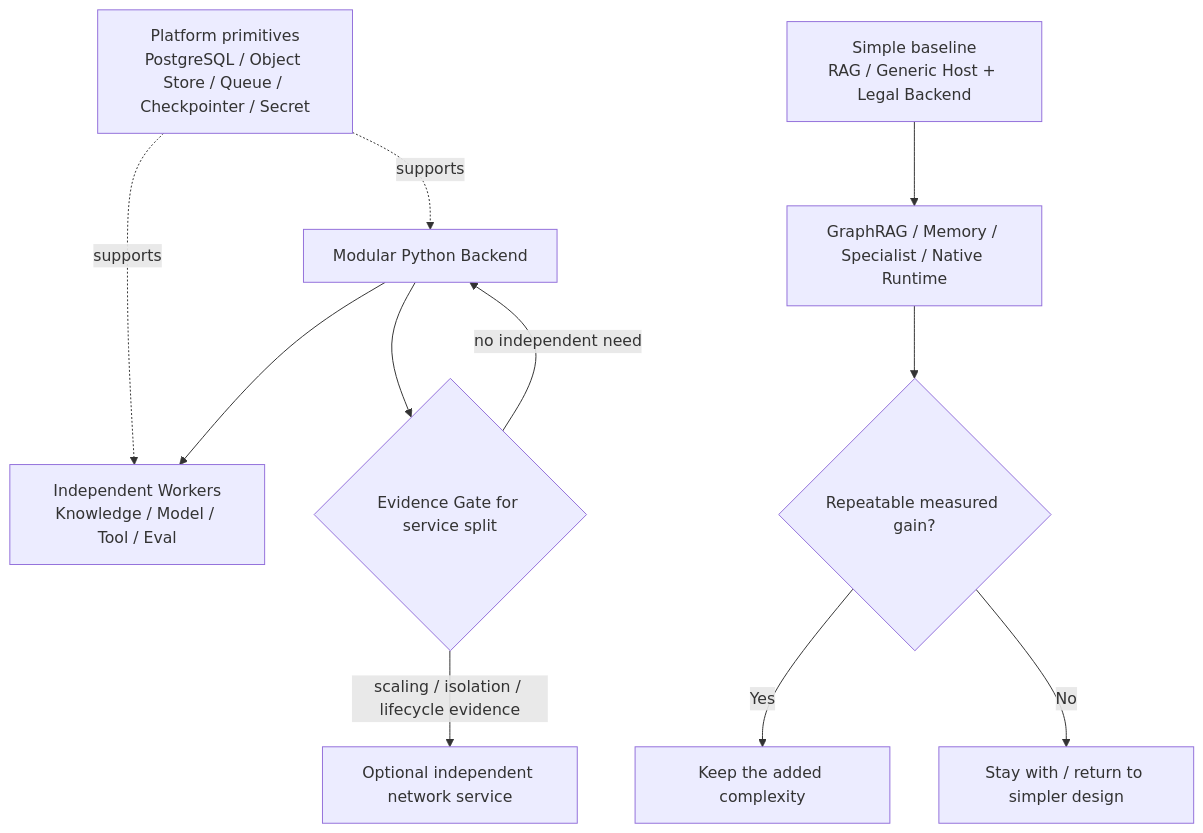
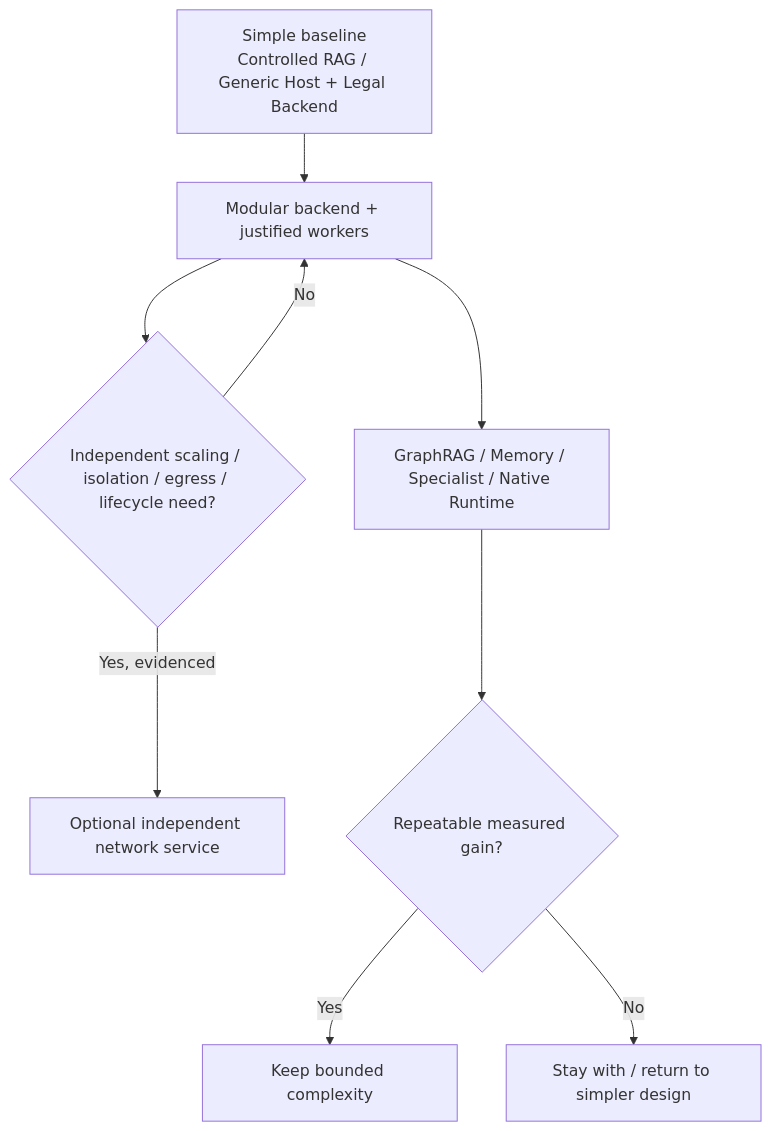
Before and after one commit to ProfessorZhi/Zuno: the sixth of 6 diagrams in docs/architecture/architecture-views.md, drawn with Mermaid. The commit also changed other lines of this file and 3 other files, not shown here.

First line of the commit message:
docs: deepen the overall system architecture (#213)

````diff
--- a/docs/architecture/architecture-views.md
+++ b/docs/architecture/architecture-views.md
@@ -143,24 +180,18 @@
 ```mermaid
 flowchart TB
-  BACKEND[Modular Python Backend]
-  WORKERS[Independent Workers\nKnowledge / Model / Tool / Eval]
-  PLATFORM[Platform primitives\nPostgreSQL / Object Store / Queue / Checkpointer / Secret]
-  SPLIT{Evidence Gate for service split}
+  BASE[Simple baseline\nControlled RAG / Generic Host + Legal Backend]
+  MOD[Modular backend + justified workers]
+  SPLIT{Independent scaling / isolation / egress / lifecycle need?}
   SERVICE[Optional independent network service]
-  SIMPLE[Simple baseline\nRAG / Generic Host + Legal Backend]
   COMPLEX[GraphRAG / Memory / Specialist / Native Runtime]
   EVAL{Repeatable measured gain?}
-  KEEP[Keep the added complexity]
+  KEEP[Keep bounded complexity]
   REMOVE[Stay with / return to simpler design]
 
-  PLATFORM -. supports .-> BACKEND
-  PLATFORM -. supports .-> WORKERS
-  BACKEND --> WORKERS
-  BACKEND --> SPLIT
-  SPLIT -->|scaling / isolation / lifecycle evidence| SERVICE
-  SPLIT -->|no independent need| BACKEND
-
-  SIMPLE --> COMPLEX --> EVAL
+  BASE --> MOD --> SPLIT
+  SPLIT -->|Yes, evidenced| SERVICE
+  SPLIT -->|No| MOD
+  MOD --> COMPLEX --> EVAL
   EVAL -->|Yes| KEEP
   EVAL -->|No| REMOVE
 ```
````
